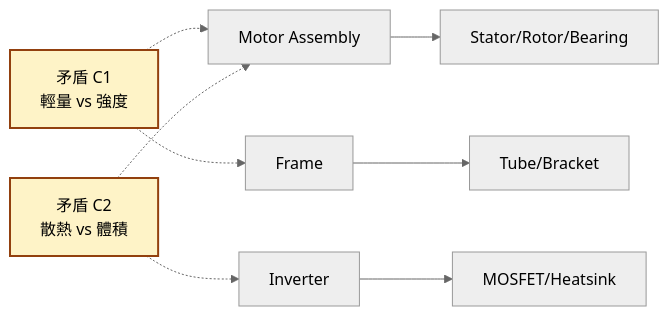
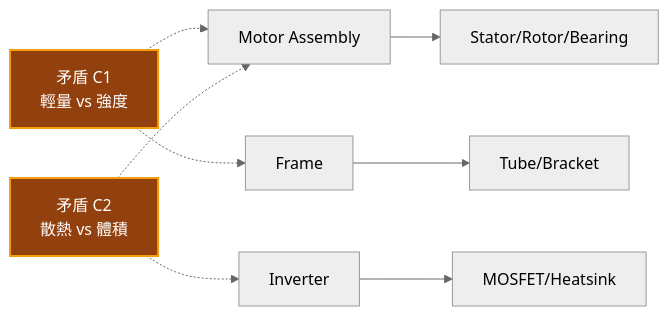
Before and after one commit to Zenobia0000/RD_copilot_system: the eighth of 26 diagrams in docs/01-define/diagrams/appendix-a--forward-subsystem-discovery.md, drawn with Mermaid. The commit also changed other lines of this file and 10 other files, not shown here.

First line of the commit message:
docs(diagrams): Gate 審計修復 + diagrams 缺失補齊 + Mermaid 暗色配色

````diff
--- a/docs/01-define/diagrams/appendix-a--forward-subsystem-discovery.md
+++ b/docs/01-define/diagrams/appendix-a--forward-subsystem-discovery.md
@@ -552,15 +552,15 @@
 ```mermaid
 %%{init: {'theme': 'neutral'}}%%
 graph LR
     C1[矛盾 C1<br/>輕量 vs 強度] -.-> M1[Motor Assembly]
     C1 -.-> M3[Frame]
     C2[矛盾 C2<br/>散熱 vs 體積] -.-> M1
     C2 -.-> M2[Inverter]
 
     M1 --> Children1[Stator/Rotor/Bearing]
     M2 --> Children2[MOSFET/Heatsink]
     M3 --> Children3[Tube/Bracket]
 
-    style C1 fill:#fef3c7,stroke:#92400e,stroke-width:2px,color:#000
-    style C2 fill:#fef3c7,stroke:#92400e,stroke-width:2px,color:#000
+    style C1 fill:#92400E,color:#fff,stroke:#F59E0B,stroke-width:2px
+    style C2 fill:#92400E,color:#fff,stroke:#F59E0B,stroke-width:2px
 ```
````
